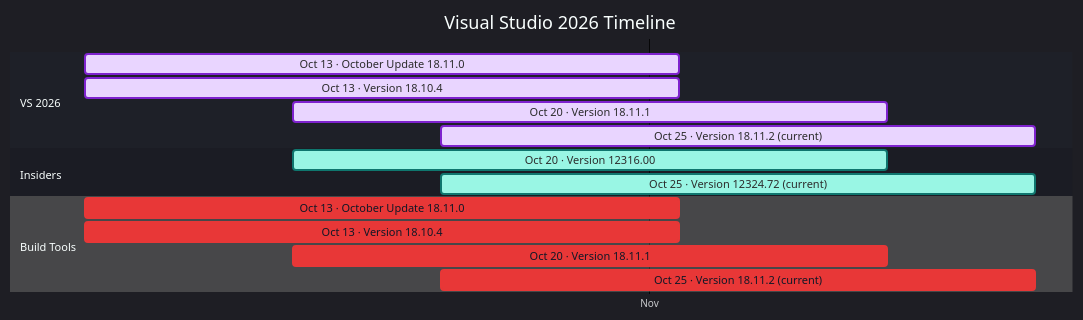
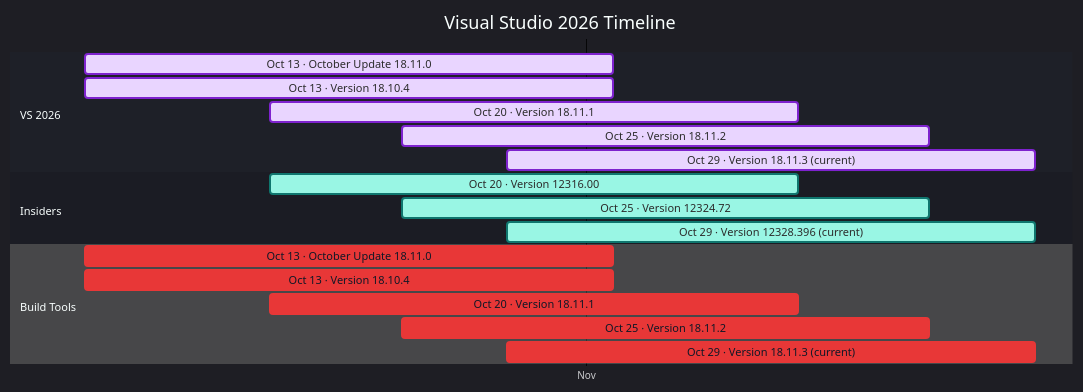
The diagram in docs/visual-studio-2026.md (Oxelya-DevTools/VisualStudioUpdate), drawn with Mermaid before and after one commit. The commit also changed other lines of this file and 3 other files, not shown here.

````diff
--- a/docs/visual-studio-2026.md
+++ b/docs/visual-studio-2026.md
@@ -9,21 +9,24 @@
 ```mermaid
 %%{init: {'theme':'dark','themeVariables': { 'fontFamily': 'Segoe UI', 'fontSize': '24px', 'textColor': '#F3F4F6', 'titleTextColor': '#FFFFFF', 'taskTextColor': '#111827', 'taskTextLightColor': '#111827', 'taskTextOutsideColor': '#F3F4F6', 'taskBkgColor': '#BAE6FD', 'taskBorderColor': '#0369A1', 'doneTaskBkgColor': '#E9D5FF', 'doneTaskBorderColor': '#7E22CE', 'activeTaskBkgColor': '#99F6E4', 'activeTaskBorderColor': '#0F766E', 'critTaskBkgColor': '#FED7AA', 'critTaskBorderColor': '#C2410C', 'sectionBkgColor': '#1F2937', 'altSectionBkgColor': '#111827', 'gridColor': '#4B5563', 'todayLineColor': '#F87171' }}}%%
 gantt
     title Visual Studio 2026 Timeline
     dateFormat  YYYY-MM-DD
     axisFormat  %b
     tickInterval 1month
     section VS 2026
     Oct 13 · October Update 18.11.0 : done, vs2026202610130, 2026-10-13, 20d
     Oct 13 · Version 18.10.4 : done, vs2026202610131, 2026-10-13, 20d
     Oct 20 · Version 18.11.1 : done, vs2026202610202, 2026-10-20, 20d
-    Oct 25 · Version 18.11.2 (current) : done, vs2026202610253, 2026-10-25, 20d
+    Oct 25 · Version 18.11.2 : done, vs2026202610253, 2026-10-25, 20d
+    Oct 29 · Version 18.11.3 (current) : done, vs2026202610294, 2026-10-29, 20d
     section Insiders
     Oct 20 · Version 12316.00 : active, insiders202610200, 2026-10-20, 20d
-    Oct 25 · Version 12324.72 (current) : active, insiders202610251, 2026-10-25, 20d
+    Oct 25 · Version 12324.72 : active, insiders202610251, 2026-10-25, 20d
+    Oct 29 · Version 12328.396 (current) : active, insiders202610292, 2026-10-29, 20d
     section Build Tools
     Oct 13 · October Update 18.11.0 : crit, buildtools202610130, 2026-10-13, 20d
     Oct 13 · Version 18.10.4 : crit, buildtools202610131, 2026-10-13, 20d
     Oct 20 · Version 18.11.1 : crit, buildtools202610202, 2026-10-20, 20d
-    Oct 25 · Version 18.11.2 (current) : crit, buildtools202610253, 2026-10-25, 20d
+    Oct 25 · Version 18.11.2 : crit, buildtools202610253, 2026-10-25, 20d
+    Oct 29 · Version 18.11.3 (current) : crit, buildtools202610294, 2026-10-29, 20d
 ```
````
